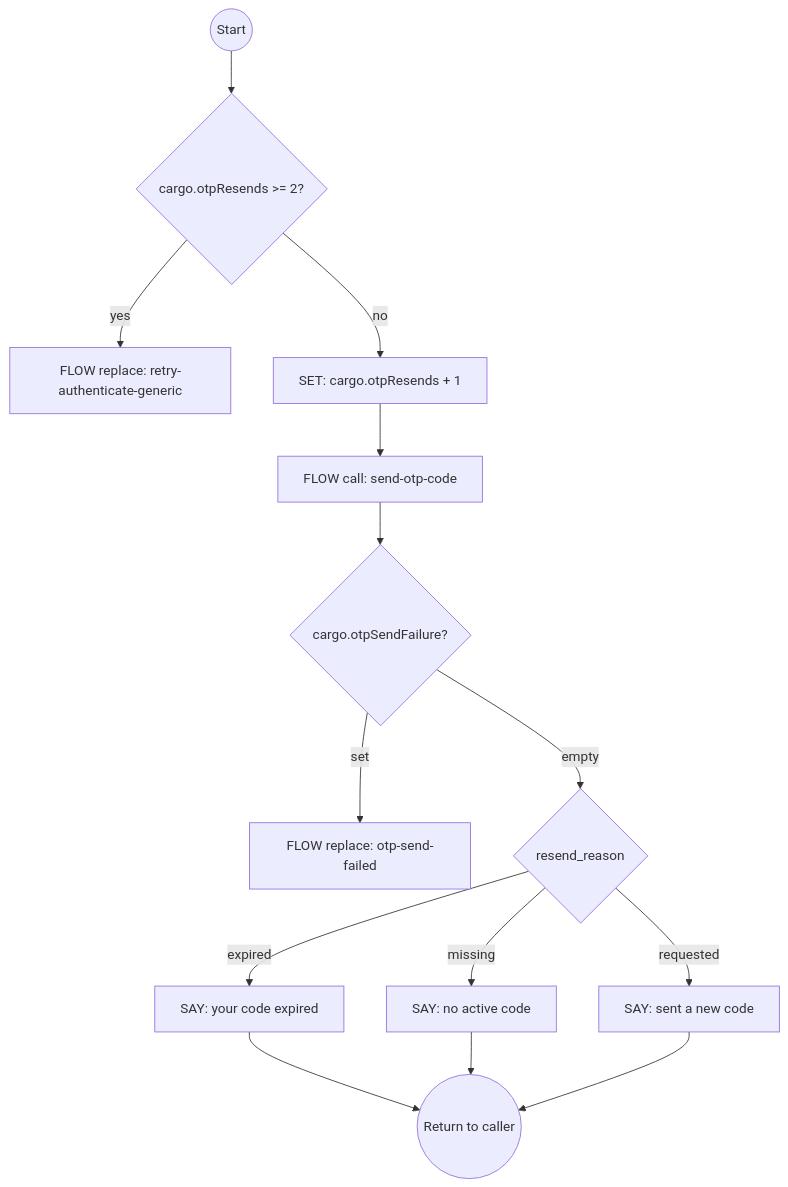
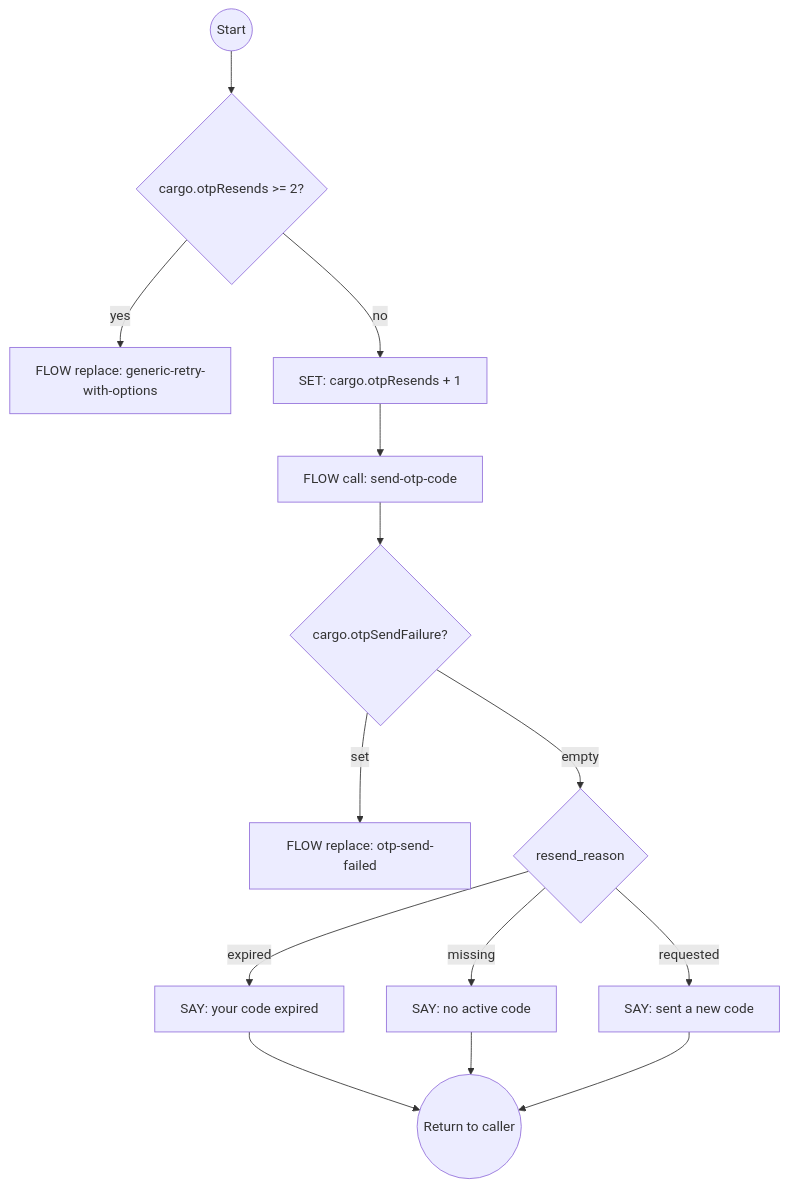
Before and after one commit to ronpinkas/jsfe: the ninth of 16 diagrams in docs/system-flows.md, drawn with Mermaid. The commit also changed other lines of this file and 1 other file, not shown here.

Commit message:
docs: system flows page for the single retry menu and cancel_flow at every exit

````diff
--- a/docs/system-flows.md
+++ b/docs/system-flows.md
@@ -474,16 +483,16 @@
 ```mermaid
 graph TD
     start((Start)) --> check_resend_cap{cargo.otpResends >= 2?}
-    check_resend_cap -->|yes| resend_cap_reached[FLOW replace: retry-authenticate-generic]
+    check_resend_cap -->|yes| resend_cap_reached[FLOW replace: generic-retry-with-options]
     check_resend_cap -->|no| count_resend[SET: cargo.otpResends + 1]
     count_resend --> send_fresh_code[FLOW call: send-otp-code]
     send_fresh_code --> resend_check_sent{cargo.otpSendFailure?}
     resend_check_sent -->|set| resend_send_failed[FLOW replace: otp-send-failed]
     resend_check_sent -->|empty| say_why{resend_reason}
     say_why -->|expired| say_code_expired[SAY: your code expired]
     say_why -->|missing| say_no_active_code[SAY: no active code]
     say_why -->|requested| say_new_code_sent[SAY: sent a new code]
     say_code_expired --> stop((Return to caller))
     say_no_active_code --> stop
     say_new_code_sent --> stop
 ```
````
